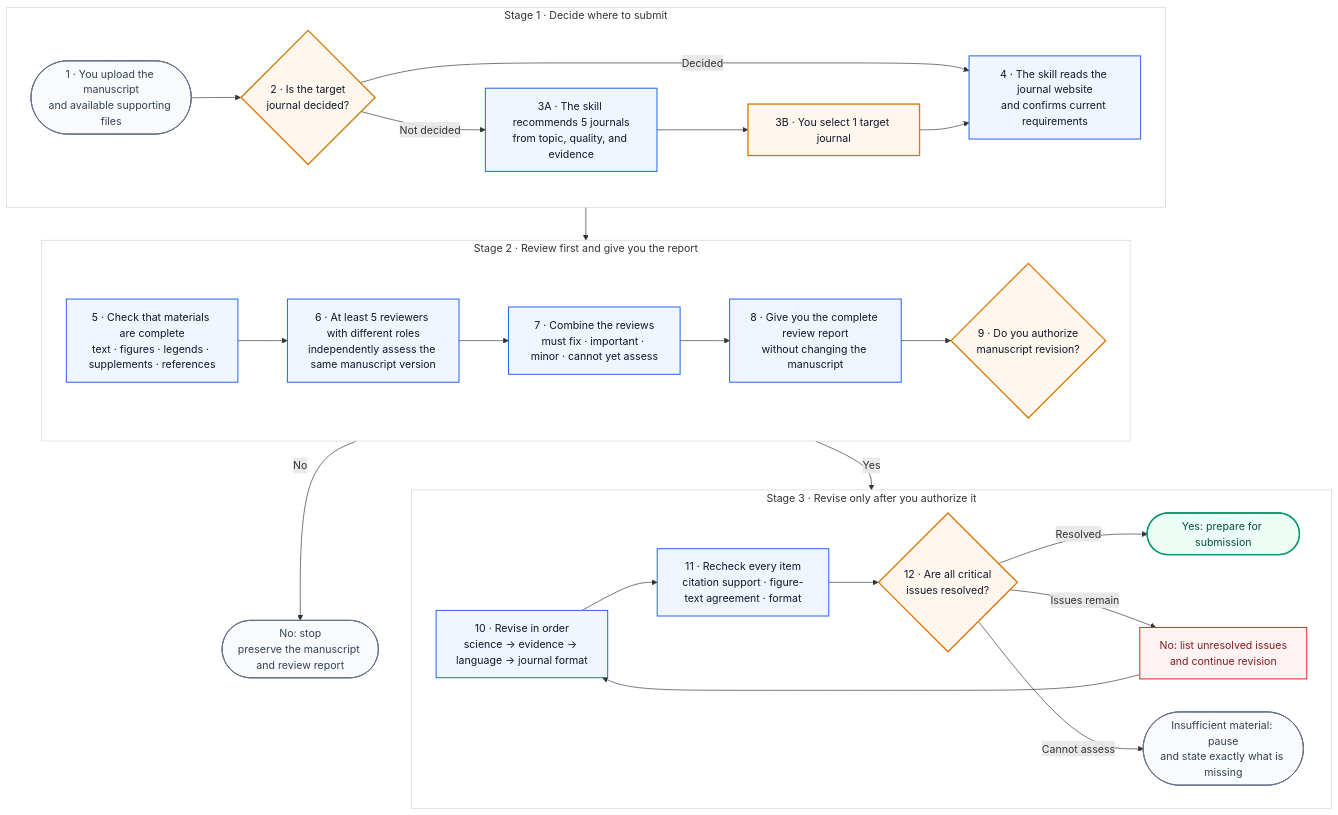
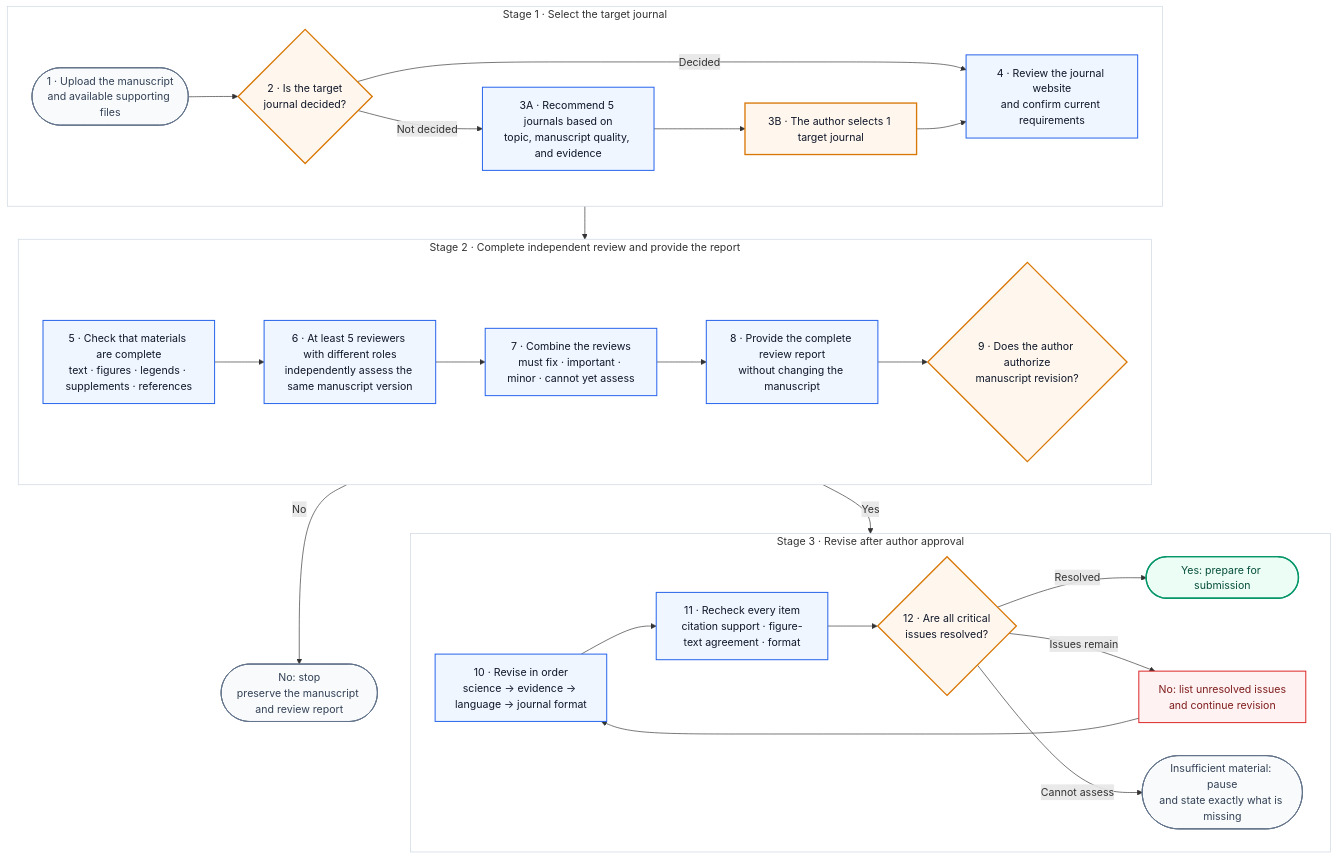
Before and after one commit to Jameslxr/manuscript-review-revision-skill: the diagram in README_EN.md, drawn with Mermaid. The commit also changed other lines of this file and 1 other file, not shown here.

````diff
--- a/README_EN.md
+++ b/README_EN.md
@@ -64,58 +64,58 @@
 ```mermaid
 flowchart TB
-    START(["1 · You upload the manuscript<br/>and available supporting files"])
+    START(["1 · Upload the manuscript<br/>and available supporting files"])
     TARGET{"2 · Is the target<br/>journal decided?"}
-    REC["3A · The skill recommends 5 journals<br/>from topic, quality, and evidence"]
-    PICK["3B · You select 1 target journal"]
-    RULES["4 · The skill reads the journal website<br/>and confirms current requirements"]
+    REC["3A · Recommend 5 journals based on<br/>topic, manuscript quality, and evidence"]
+    PICK["3B · The author selects 1 target journal"]
+    RULES["4 · Review the journal website<br/>and confirm current requirements"]
     CHECK["5 · Check that materials are complete<br/>text · figures · legends · supplements · references"]
     REVIEW["6 · At least 5 reviewers with different roles<br/>independently assess the same manuscript version"]
     SUMMARY["7 · Combine the reviews<br/>must fix · important · minor · cannot yet assess"]
-    REPORT["8 · Give you the complete review report<br/>without changing the manuscript"]
-    AUTH{"9 · Do you authorize<br/>manuscript revision?"}
+    REPORT["8 · Provide the complete review report<br/>without changing the manuscript"]
+    AUTH{"9 · Does the author authorize<br/>manuscript revision?"}
     STOP(["No: stop<br/>preserve the manuscript and review report"])
     REVISE["10 · Revise in order<br/>science → evidence → language → journal format"]
     VERIFY["11 · Recheck every item<br/>citation support · figure-text agreement · format"]
     READY{"12 · Are all critical<br/>issues resolved?"}
     PASS(["Yes: prepare for submission"])
     RETURN["No: list unresolved issues<br/>and continue revision"]
     MISSING(["Insufficient material: pause<br/>and state exactly what is missing"])
 
-    subgraph S1["Stage 1 · Decide where to submit"]
+    subgraph S1["Stage 1 · Select the target journal"]
         direction LR
         START --> TARGET
         TARGET -- "Decided" --> RULES
         TARGET -- "Not decided" --> REC --> PICK --> RULES
     end
 
-    subgraph S2["Stage 2 · Review first and give you the report"]
+    subgraph S2["Stage 2 · Complete independent review and provide the report"]
         direction LR
         CHECK --> REVIEW --> SUMMARY --> REPORT --> AUTH
     end
 
-    subgraph S3["Stage 3 · Revise only after you authorize it"]
+    subgraph S3["Stage 3 · Revise after author approval"]
         direction LR
         REVISE --> VERIFY --> READY
         READY -- "Resolved" --> PASS
         READY -- "Issues remain" --> RETURN --> REVISE
         READY -- "Cannot assess" --> MISSING
     end
 
     RULES --> CHECK
     AUTH -- "No" --> STOP
     AUTH -- "Yes" --> REVISE
 
     classDef user fill:#FFF7ED,stroke:#D97706,stroke-width:2px,color:#0F172A;
     classDef skill fill:#EFF6FF,stroke:#2563EB,stroke-width:1.5px,color:#0F172A;
     classDef success fill:#ECFDF5,stroke:#059669,stroke-width:2px,color:#064E3B;
     classDef stop fill:#F8FAFC,stroke:#64748B,stroke-width:1.5px,color:#334155;
     classDef problem fill:#FEF2F2,stroke:#DC2626,stroke-width:1.5px,color:#7F1D1D;
     class TARGET,PICK,AUTH,READY user;
     class REC,RULES,CHECK,REVIEW,SUMMARY,REPORT,REVISE,VERIFY skill;
     class PASS success;
     class START,STOP,MISSING stop;
     class RETURN problem;
     style S1 fill:#FFFFFF,stroke:#CBD5E1,stroke-width:1px
     style S2 fill:#FFFFFF,stroke:#CBD5E1,stroke-width:1px
     style S3 fill:#FFFFFF,stroke:#CBD5E1,stroke-width:1px
 ```
````
